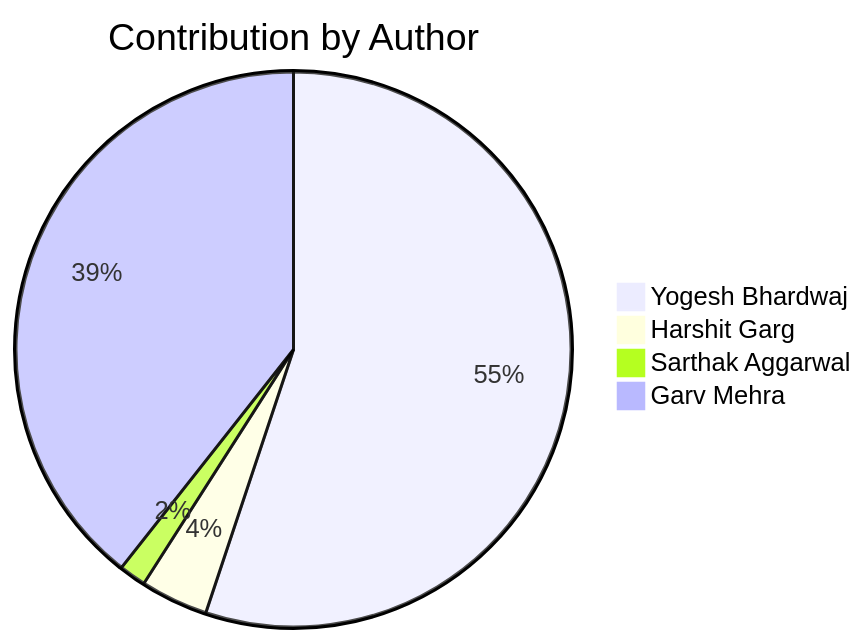
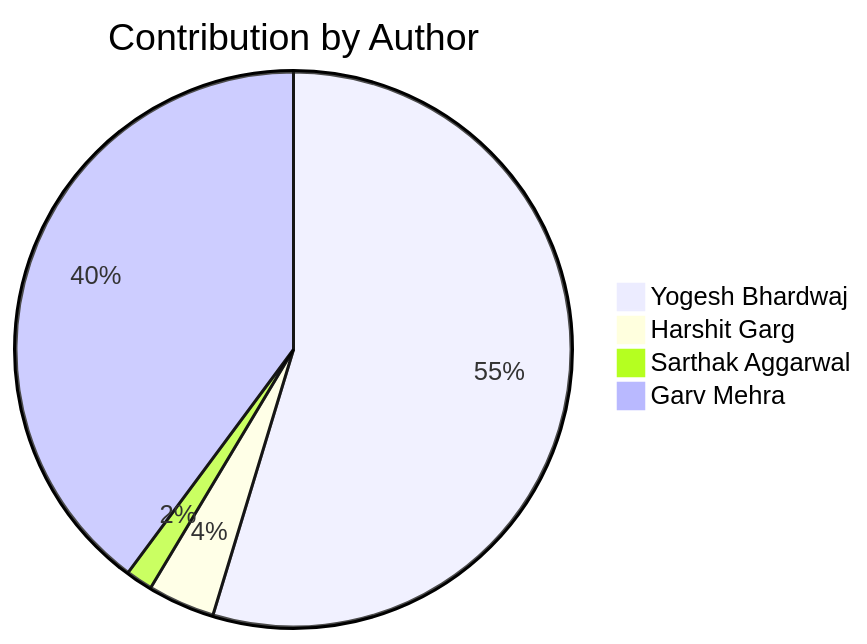
The second of 2 diagrams in README.md (Yogesh-Bhardwaj-hue/Scm-Final_2.0), drawn with Mermaid before and after one commit. The commit also changed other lines of this file, not shown here.

Commit message:
Update contribution charts

````diff
--- a/README.md
+++ b/README.md
@@ -183,7 +183,7 @@
 ```mermaid
 pie title Contribution by Author
     "Yogesh Bhardwaj": 70
     "Harshit Garg": 5
     "Sarthak Aggarwal": 2
-    "Garv Mehra": 50
+    "Garv Mehra": 51
 ```
````
